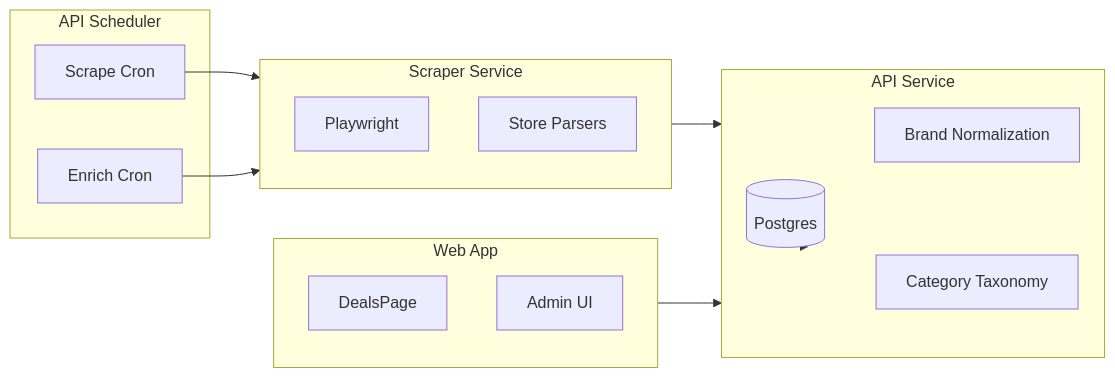
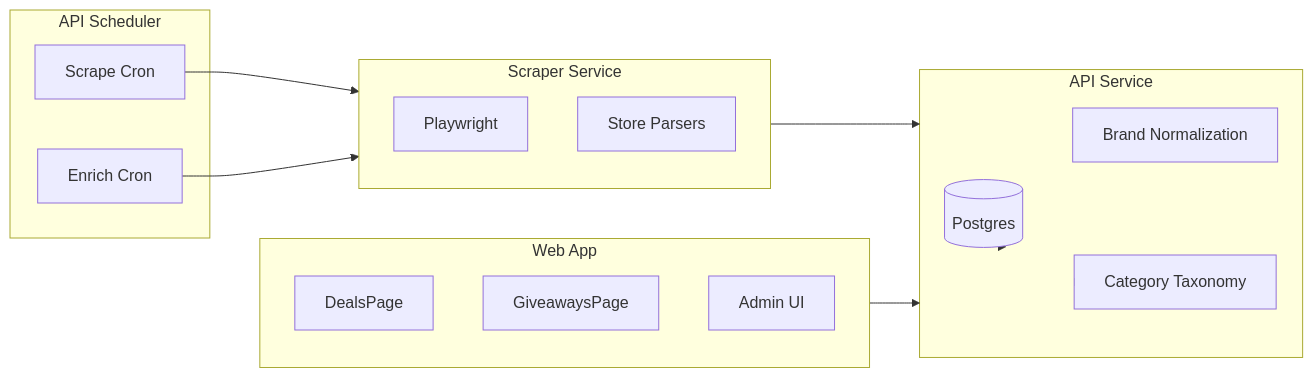
One commit to zpipe07/mtb-aggregator changed the diagram in docs/ARCHITECTURE.md. Above: the diagram before and after it, drawn with Mermaid. The commit also changed other lines of this file and 45 other files, not shown here.

````diff
--- a/docs/ARCHITECTURE.md
+++ b/docs/ARCHITECTURE.md
@@ -7,27 +7,28 @@
 ```mermaid
 flowchart LR
     subgraph Scheduler [API Scheduler]
         CronScrape[Scrape Cron]
         CronEnrich[Enrich Cron]
     end
     subgraph Scraper [Scraper Service]
         Playwright[Playwright]
         Parsers[Store Parsers]
     end
     subgraph API [API Service]
         DB[(Postgres)]
         Brand[Brand Normalization]
         Taxonomy[Category Taxonomy]
     end
     subgraph Web [Web App]
         Deals[DealsPage]
+        Giveaways[GiveawaysPage]
         Admin[Admin UI]
     end
     CronScrape --> Scraper
     CronEnrich --> Scraper
     Scraper --> API
     API --> DB
     API --> Brand
     API --> Taxonomy
     Web --> API
 ```
````
